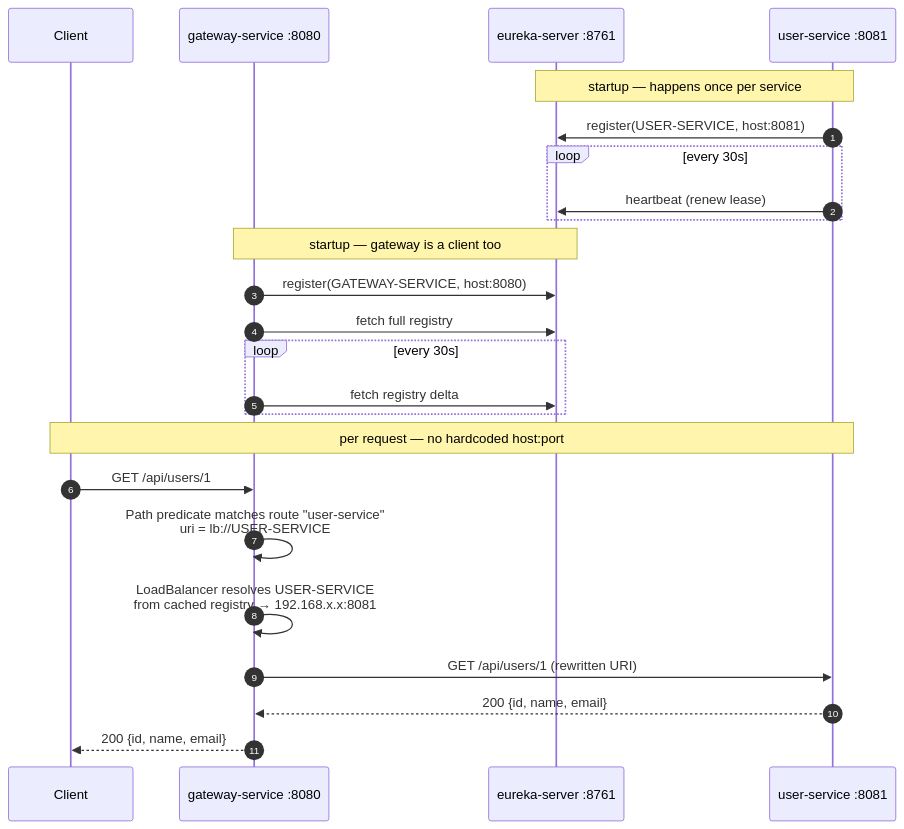
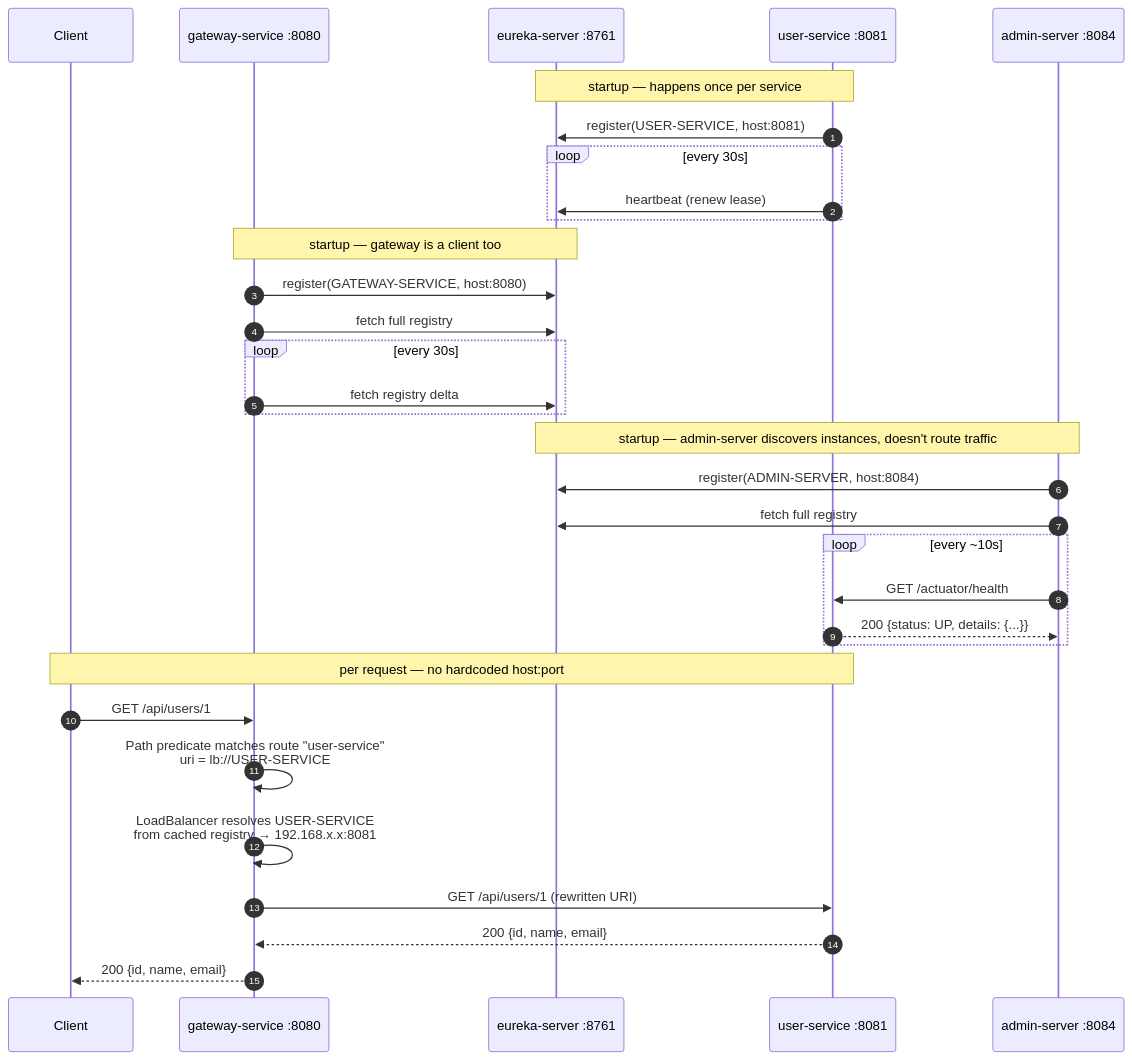
The second of 3 diagrams in README.md (himnay/learning-service-discovery), drawn with Mermaid before and after one commit. The commit also changed other lines of this file, not shown here.

Commit message:
docs: wire admin-server into the flowchart/sequence diagrams, add Spring Boot Admin section

````diff
--- a/README.md
+++ b/README.md
@@ -84,29 +100,38 @@
 ```mermaid
 sequenceDiagram
     autonumber
     participant Client
     participant Gateway as gateway-service :8080
     participant Eureka as eureka-server :8761
     participant User as user-service :8081
+    participant Admin as admin-server :8084
 
     Note over User,Eureka: startup — happens once per service
     User->>Eureka: register(USER-SERVICE, host:8081)
     loop every 30s
         User->>Eureka: heartbeat (renew lease)
     end
 
     Note over Gateway,Eureka: startup — gateway is a client too
     Gateway->>Eureka: register(GATEWAY-SERVICE, host:8080)
     Gateway->>Eureka: fetch full registry
     loop every 30s
         Gateway->>Eureka: fetch registry delta
     end
 
+    Note over Admin,Eureka: startup — admin-server discovers instances, doesn't route traffic
+    Admin->>Eureka: register(ADMIN-SERVER, host:8084)
+    Admin->>Eureka: fetch full registry
+    loop every ~10s
+        Admin->>User: GET /actuator/health
+        User-->>Admin: 200 {status: UP, details: {...}}
+    end
+
     Note over Client,User: per request — no hardcoded host:port
     Client->>Gateway: GET /api/users/1
     Gateway->>Gateway: Path predicate matches route "user-service"<br/>uri = lb://USER-SERVICE
     Gateway->>Gateway: LoadBalancer resolves USER-SERVICE<br/>from cached registry → 192.168.x.x:8081
     Gateway->>User: GET /api/users/1 (rewritten URI)
     User-->>Gateway: 200 {id, name, email}
     Gateway-->>Client: 200 {id, name, email}
 ```
````
